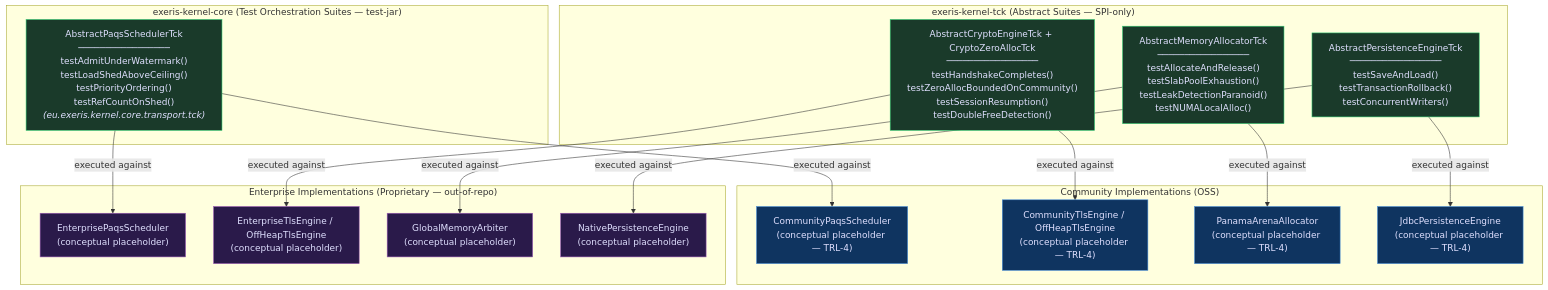
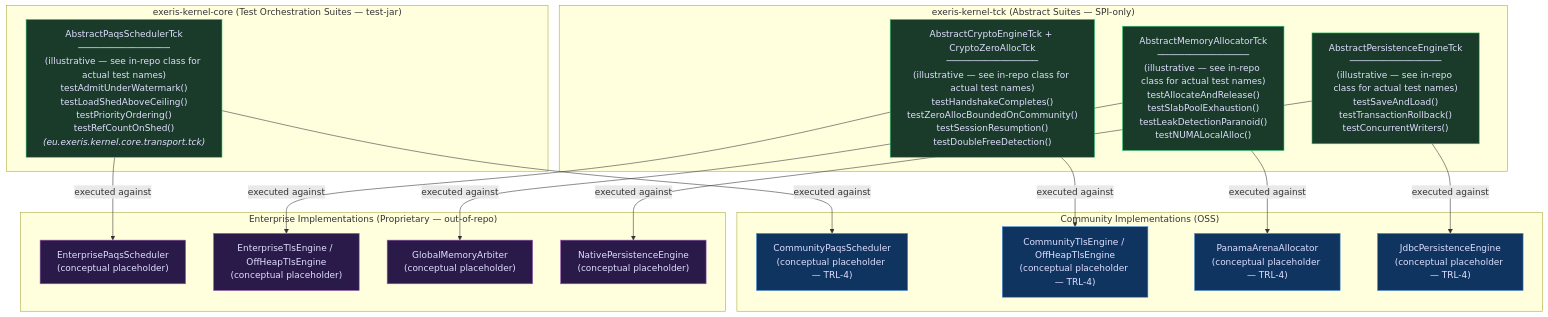
The diagram in docs/modules/05-tck.md (exeris-systems/exeris-kernel), drawn with Mermaid before and after one commit. The commit also changed other lines of this file and 6 other files, not shown here.

Commit message:
update(docs): Clarify target architecture and GC behavior in community documentation

````diff
--- a/docs/modules/05-tck.md
+++ b/docs/modules/05-tck.md
@@ -16,44 +16,44 @@
 ```mermaid
 graph TD
     subgraph "exeris-kernel-tck (Abstract Suites — SPI-only)"
-        TLS_TCK["AbstractCryptoEngineTck + CryptoZeroAllocTck\n─────────────────\ntestHandshakeCompletes()\ntestZeroAllocBoundedOnCommunity()\ntestSessionResumption()\ntestDoubleFreeDetection()"]
-        MEM_TCK["AbstractMemoryAllocatorTck\n─────────────────\ntestAllocateAndRelease()\ntestSlabPoolExhaustion()\ntestLeakDetectionParanoid()\ntestNUMALocalAlloc()"]
-        REPO_TCK["AbstractPersistenceEngineTck\n─────────────────\ntestSaveAndLoad()\ntestTransactionRollback()\ntestConcurrentWriters()"]
+        TLS_TCK["AbstractCryptoEngineTck + CryptoZeroAllocTck\n─────────────────\n(illustrative — see in-repo class for actual test names)\ntestHandshakeCompletes()\ntestZeroAllocBoundedOnCommunity()\ntestSessionResumption()\ntestDoubleFreeDetection()"]
+        MEM_TCK["AbstractMemoryAllocatorTck\n─────────────────\n(illustrative — see in-repo class for actual test names)\ntestAllocateAndRelease()\ntestSlabPoolExhaustion()\ntestLeakDetectionParanoid()\ntestNUMALocalAlloc()"]
+        REPO_TCK["AbstractPersistenceEngineTck\n─────────────────\n(illustrative — see in-repo class for actual test names)\ntestSaveAndLoad()\ntestTransactionRollback()\ntestConcurrentWriters()"]
     end
 
     subgraph "exeris-kernel-core (Test Orchestration Suites — test-jar)"
-        PAQS_TCK["AbstractPaqsSchedulerTck\n─────────────────\ntestAdmitUnderWatermark()\ntestLoadShedAboveCeiling()\ntestPriorityOrdering()\ntestRefCountOnShed()\n<i>(eu.exeris.kernel.core.transport.tck)</i>"]
+        PAQS_TCK["AbstractPaqsSchedulerTck\n─────────────────\n(illustrative — see in-repo class for actual test names)\ntestAdmitUnderWatermark()\ntestLoadShedAboveCeiling()\ntestPriorityOrdering()\ntestRefCountOnShed()\n<i>(eu.exeris.kernel.core.transport.tck)</i>"]
     end
 
     subgraph "Community Implementations (OSS)"
         C_PAQS["CommunityPaqsScheduler\n(conceptual placeholder — TRL-4)"]
         C_TLS["CommunityTlsEngine / OffHeapTlsEngine\n(conceptual placeholder — TRL-4)"]
         C_MEM["PanamaArenaAllocator\n(conceptual placeholder — TRL-4)"]
         C_REPO["JdbcPersistenceEngine\n(conceptual placeholder — TRL-4)"]
     end
 
     subgraph "Enterprise Implementations (Proprietary — out-of-repo)"
         E_PAQS["EnterprisePaqsScheduler\n(conceptual placeholder)"]
         E_TLS["EnterpriseTlsEngine / OffHeapTlsEngine\n(conceptual placeholder)"]
         E_MEM["GlobalMemoryArbiter\n(conceptual placeholder)"]
         E_REPO["NativePersistenceEngine\n(conceptual placeholder)"]
     end
 
     PAQS_TCK -->|"executed against"| C_PAQS & E_PAQS
     TLS_TCK  -->|"executed against"| C_TLS  & E_TLS
     MEM_TCK  -->|"executed against"| C_MEM  & E_MEM
     REPO_TCK -->|"executed against"| C_REPO & E_REPO
 
     style PAQS_TCK fill:#1a3a2a,color:#e0e0ff,stroke:#2ecc71
     style TLS_TCK  fill:#1a3a2a,color:#e0e0ff,stroke:#2ecc71
     style MEM_TCK  fill:#1a3a2a,color:#e0e0ff,stroke:#2ecc71
     style REPO_TCK fill:#1a3a2a,color:#e0e0ff,stroke:#2ecc71
     style C_PAQS fill:#0f3460,color:#e0e0ff,stroke:#4a90d9
     style C_TLS  fill:#0f3460,color:#e0e0ff,stroke:#4a90d9
     style C_MEM  fill:#0f3460,color:#e0e0ff,stroke:#4a90d9
     style C_REPO fill:#0f3460,color:#e0e0ff,stroke:#4a90d9
     style E_PAQS fill:#2a1a4a,color:#e0e0ff,stroke:#9b59b6
     style E_TLS  fill:#2a1a4a,color:#e0e0ff,stroke:#9b59b6
     style E_MEM  fill:#2a1a4a,color:#e0e0ff,stroke:#9b59b6
     style E_REPO fill:#2a1a4a,color:#e0e0ff,stroke:#9b59b6
 ```
````
